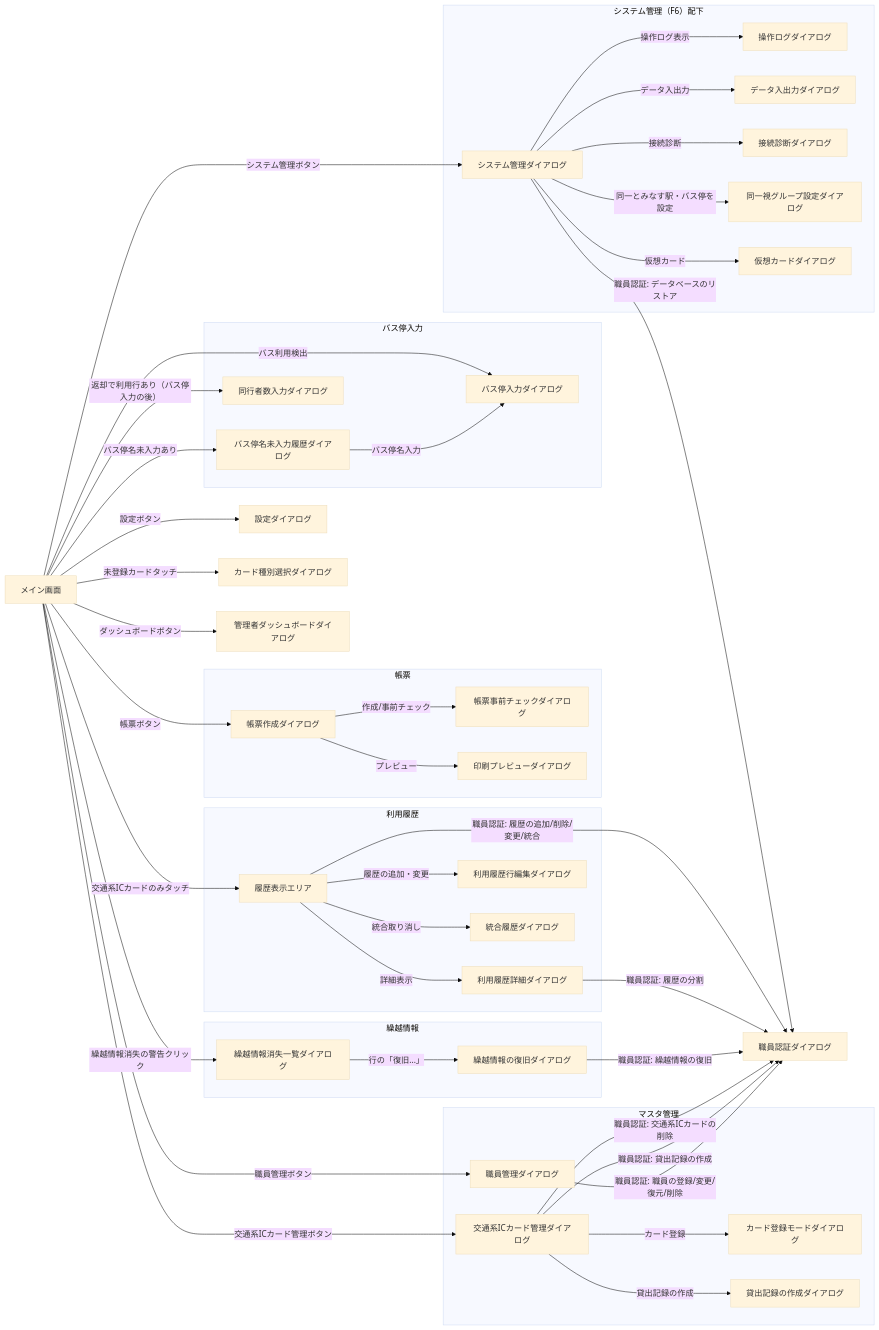
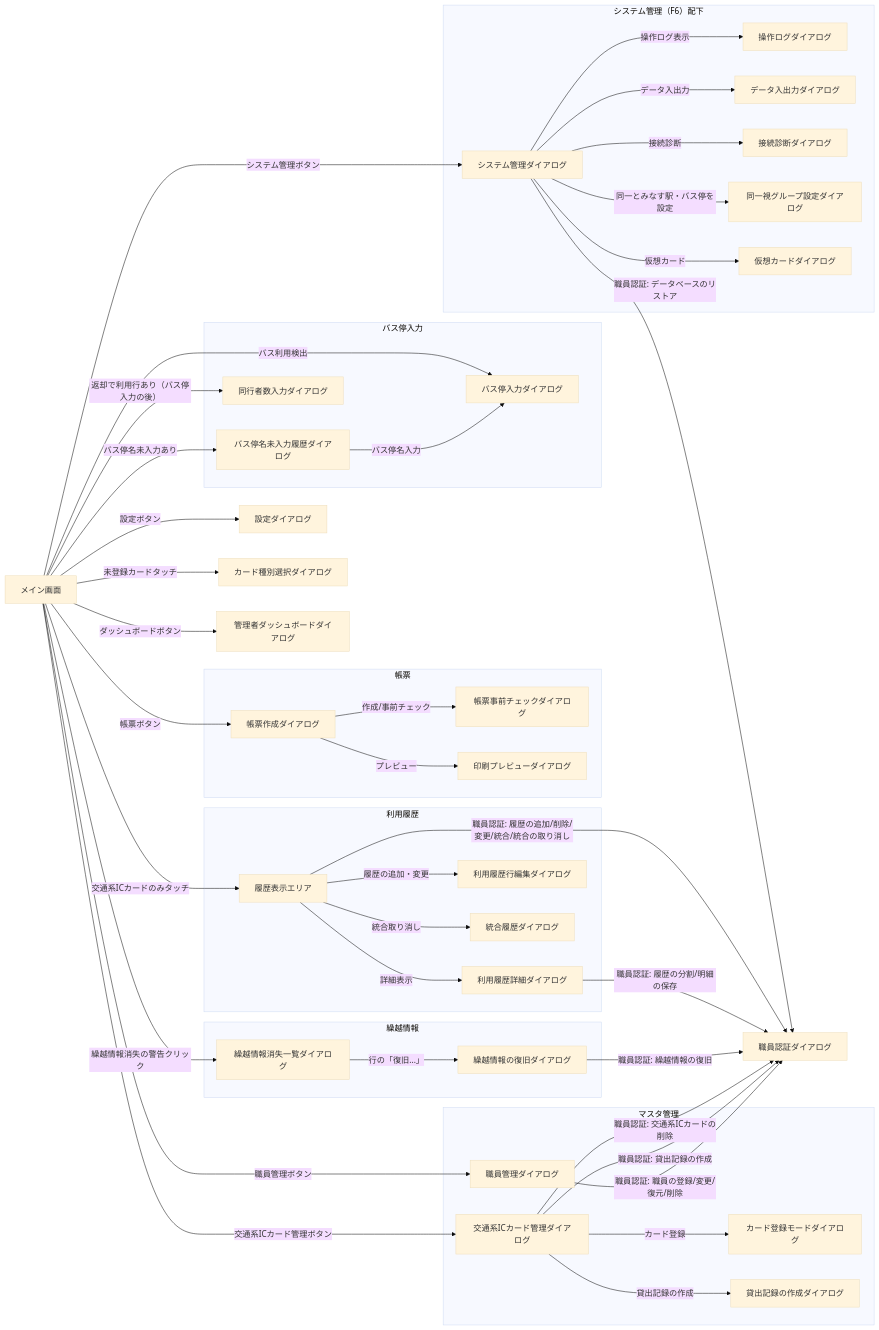
One commit to kuwayamamasayuki/ICCardManager changed the first of 2 diagrams in ICCardManager/docs/design/03_画面設計書.md. Above: the diagram before and after it, drawn with Mermaid (base theme). The commit also changed other lines of this file and 30 other files, not shown here.

````diff
--- a/ICCardManager/docs/design/03_画面設計書.md
+++ b/ICCardManager/docs/design/03_画面設計書.md
@@ -94,8 +94,8 @@
     CARD -->|職員認証: 交通系ICカードの削除| STAFFAUTH
     CARD -->|職員認証: 貸出記録の作成| STAFFAUTH
     STAFF -->|職員認証: 職員の登録/変更/復元/削除| STAFFAUTH
-    HISTORY -->|職員認証: 履歴の追加/削除/変更/統合| STAFFAUTH
-    LEDGERDETAIL -->|職員認証: 履歴の分割| STAFFAUTH
+    HISTORY -->|職員認証: 履歴の追加/削除/変更/統合/統合の取り消し| STAFFAUTH
+    LEDGERDETAIL -->|職員認証: 履歴の分割/明細の保存| STAFFAUTH
     SYSMGMT -->|職員認証: データベースのリストア| STAFFAUTH
     CARRYRECOVER -->|職員認証: 繰越情報の復旧| STAFFAUTH
 ```
````
